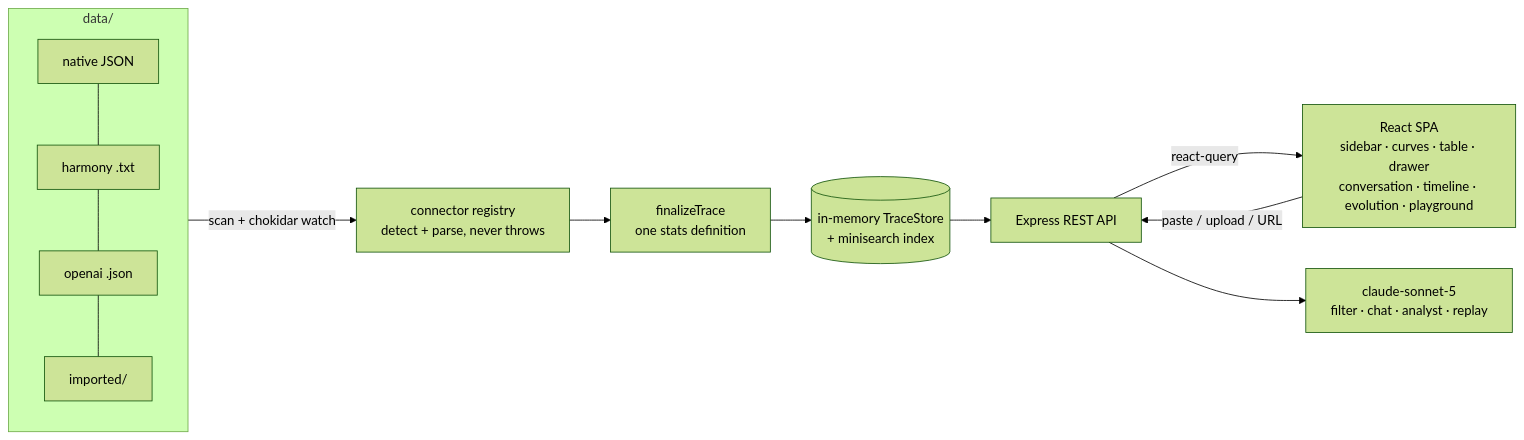
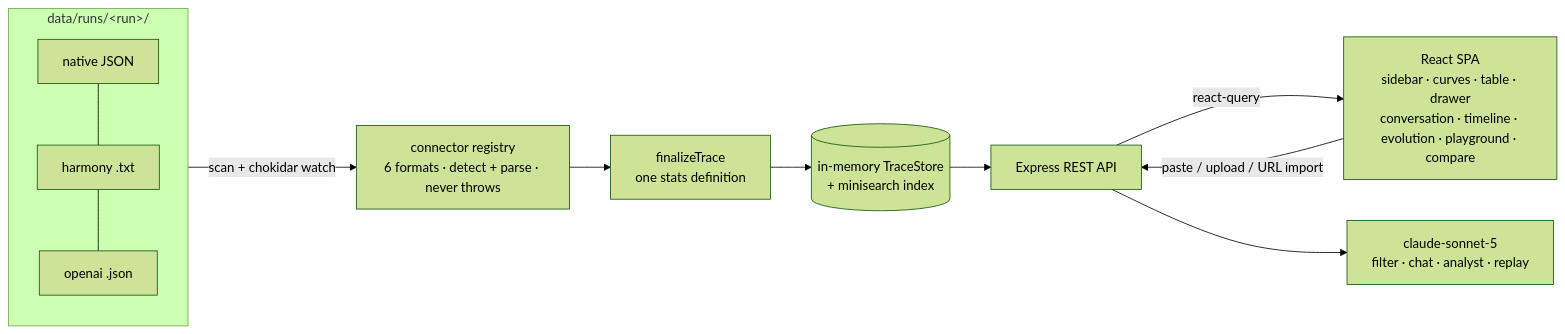
The diagram in README.md (DrustZ/trace_viewer), drawn with Mermaid (forest theme) before and after one commit. The commit also changed other lines of this file and 1 other file, not shown here.

Commit message:
docs: accuracy pass — six connectors + examples/ fixtures, data/runs/<run> layout, ephemeral load-and-view import (not disk-persisted), four runs (~1,340 traces), generate:all, 322 tests; refresh mermaid + directory tree

````diff
--- a/README.md
+++ b/README.md
@@ -107,13 +114,13 @@
 ```mermaid
 flowchart LR
-  subgraph disk [data/]
-    N[native JSON] --- H[harmony .txt] --- O[openai .json] --- I[imported/]
+  subgraph disk [data/runs/&lt;run&gt;/]
+    N[native JSON] --- H[harmony .txt] --- O[openai .json]
   end
-  disk -->|scan + chokidar watch| C[connector registry\ndetect + parse, never throws]
+  disk -->|scan + chokidar watch| C[connector registry\n6 formats · detect + parse · never throws]
   C --> F[finalizeTrace\none stats definition]
   F --> S[(in-memory TraceStore\n+ minisearch index)]
   S --> API[Express REST API]
-  API -->|react-query| UI[React SPA\nsidebar · curves · table · drawer\nconversation · timeline · evolution · playground]
-  UI -->|paste / upload / URL| API
+  API -->|react-query| UI[React SPA\nsidebar · curves · table · drawer\nconversation · timeline · evolution · playground · compare]
+  UI -->|paste / upload / URL import| API
   API --> LLM[claude-sonnet-5\nfilter · chat · analyst · replay]
 ```
````
